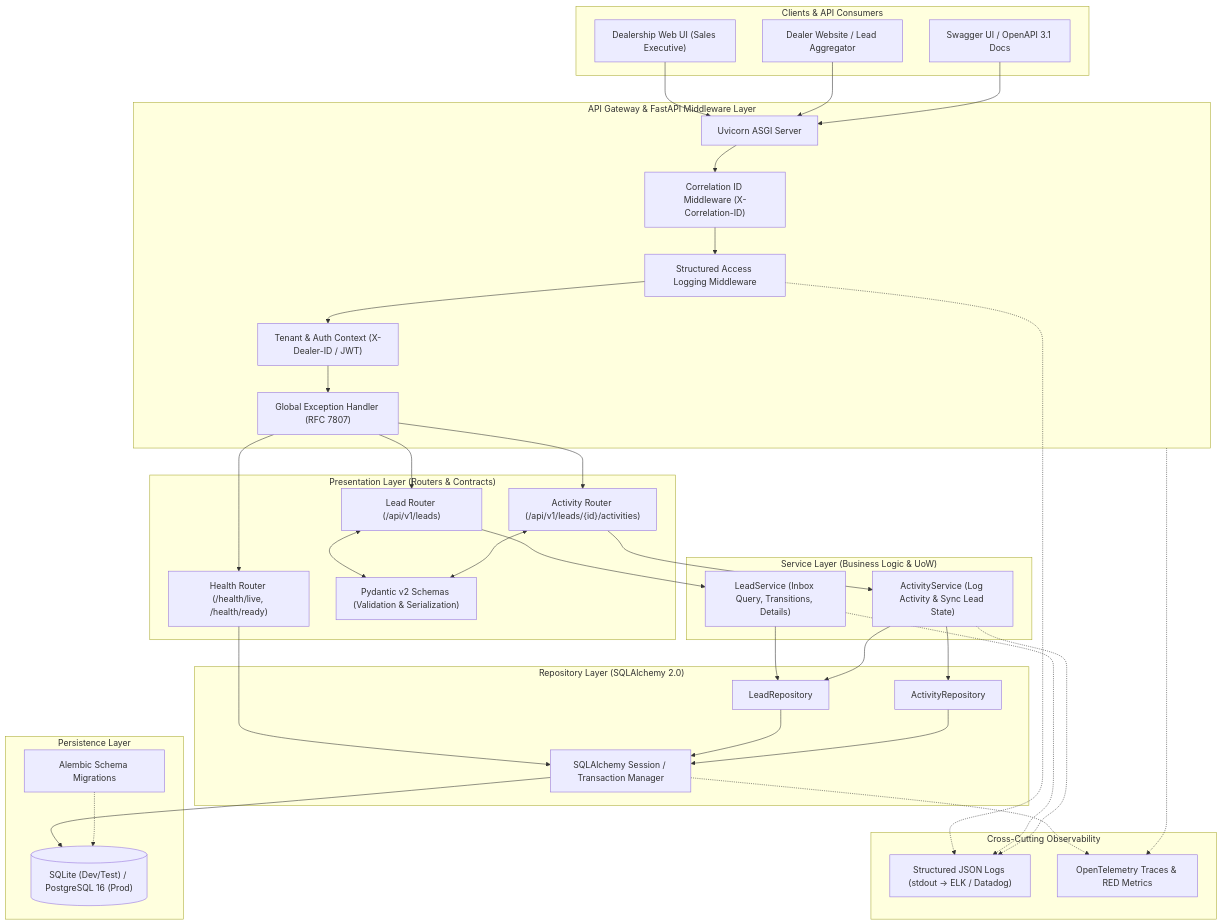
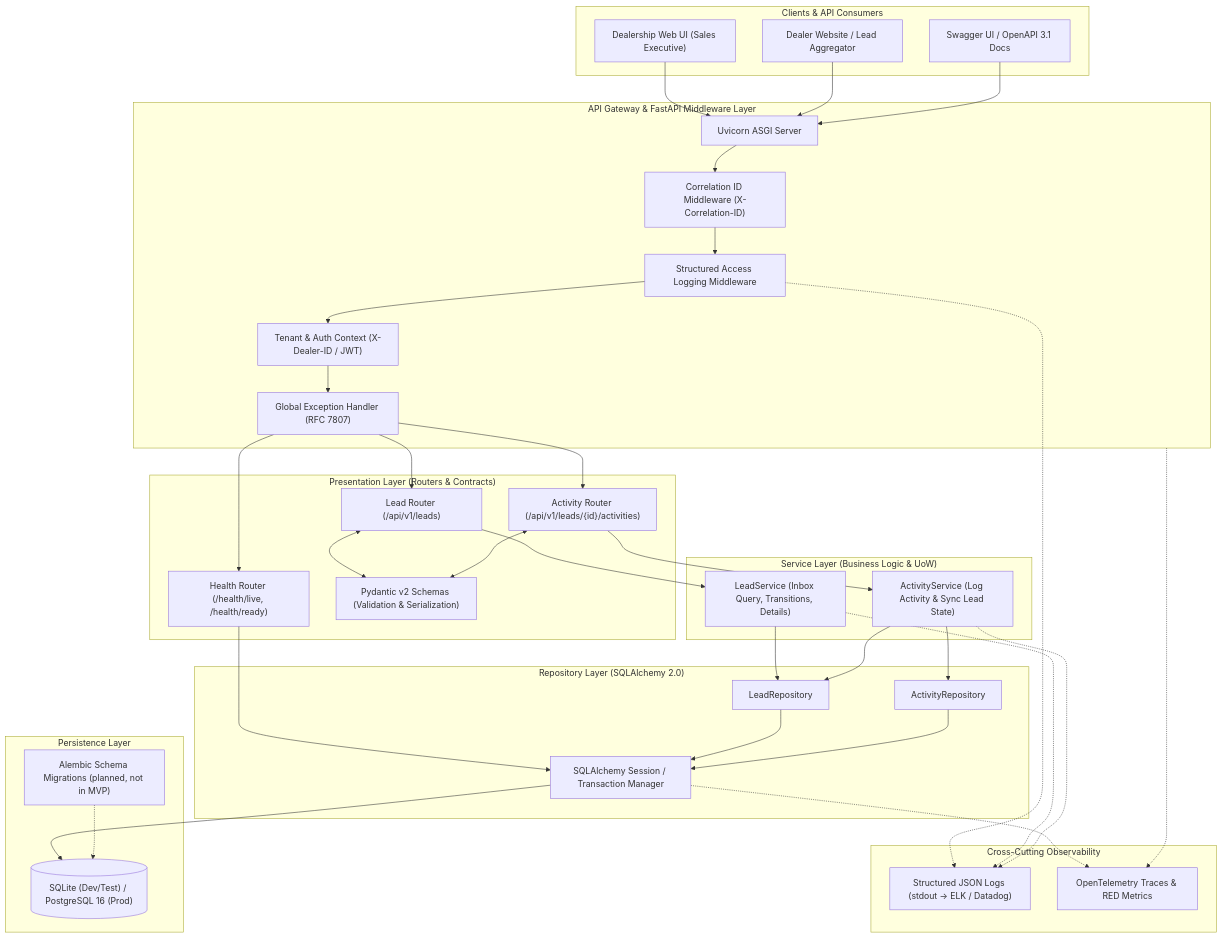
One commit to longthanhdo/keyloop_sale_lead_management changed the first of 4 diagrams in SYSTEM_DESIGN.md. Above: the diagram before and after it, drawn with Mermaid. The commit also changed other lines of this file and 3 other files, not shown here.

````diff
--- a/SYSTEM_DESIGN.md
+++ b/SYSTEM_DESIGN.md
@@ -33,76 +33,76 @@
 ```mermaid
 flowchart TB
     subgraph Clients["Clients & API Consumers"]
         WebUI["Dealership Web UI (Sales Executive)"]
         Website["Dealer Website / Lead Aggregator"]
         Swagger["Swagger UI / OpenAPI 3.1 Docs"]
     end
 
     subgraph Edge["API Gateway & FastAPI Middleware Layer"]
         ASGI["Uvicorn ASGI Server"]
         MW_Corr["Correlation ID Middleware (X-Correlation-ID)"]
         MW_Log["Structured Access Logging Middleware"]
         MW_Tenant["Tenant & Auth Context (X-Dealer-ID / JWT)"]
         MW_Err["Global Exception Handler (RFC 7807)"]
     end
 
     subgraph Presentation["Presentation Layer (Routers & Contracts)"]
         LeadRouter["Lead Router (/api/v1/leads)"]
         ActivityRouter["Activity Router (/api/v1/leads/{id}/activities)"]
         HealthRouter["Health Router (/health/live, /health/ready)"]
         Pydantic["Pydantic v2 Schemas (Validation & Serialization)"]
     end
 
     subgraph Domain["Service Layer (Business Logic & UoW)"]
         LeadService["LeadService (Inbox Query, Transitions, Details)"]
         ActivityService["ActivityService (Log Activity & Sync Lead State)"]
     end
 
     subgraph DataAccess["Repository Layer (SQLAlchemy 2.0)"]
         LeadRepo["LeadRepository"]
         ActivityRepo["ActivityRepository"]
         UoW["SQLAlchemy Session / Transaction Manager"]
     end
 
     subgraph Persistence["Persistence Layer"]
         DB[("SQLite (Dev/Test) / PostgreSQL 16 (Prod)")]
-        Alembic["Alembic Schema Migrations"]
+        Alembic["Alembic Schema Migrations (planned, not in MVP)"]
     end
 
     subgraph Observability["Cross-Cutting Observability"]
         JSONLogs["Structured JSON Logs (stdout -> ELK / Datadog)"]
         Metrics["OpenTelemetry Traces & RED Metrics"]
     end
 
     WebUI --> ASGI
     Website --> ASGI
     Swagger --> ASGI
 
     ASGI --> MW_Corr --> MW_Log --> MW_Tenant --> MW_Err
 
     MW_Err --> LeadRouter
     MW_Err --> ActivityRouter
     MW_Err --> HealthRouter
 
     LeadRouter <--> Pydantic
     ActivityRouter <--> Pydantic
 
     LeadRouter --> LeadService
     ActivityRouter --> ActivityService
     HealthRouter --> UoW
 
     LeadService --> LeadRepo
     ActivityService --> ActivityRepo
     ActivityService --> LeadRepo
 
     LeadRepo --> UoW
     ActivityRepo --> UoW
     UoW --> DB
     Alembic -.-> DB
 
     MW_Log -.-> JSONLogs
     LeadService -.-> JSONLogs
     ActivityService -.-> JSONLogs
     Edge -.-> Metrics
     UoW -.-> Metrics
 ```
````
